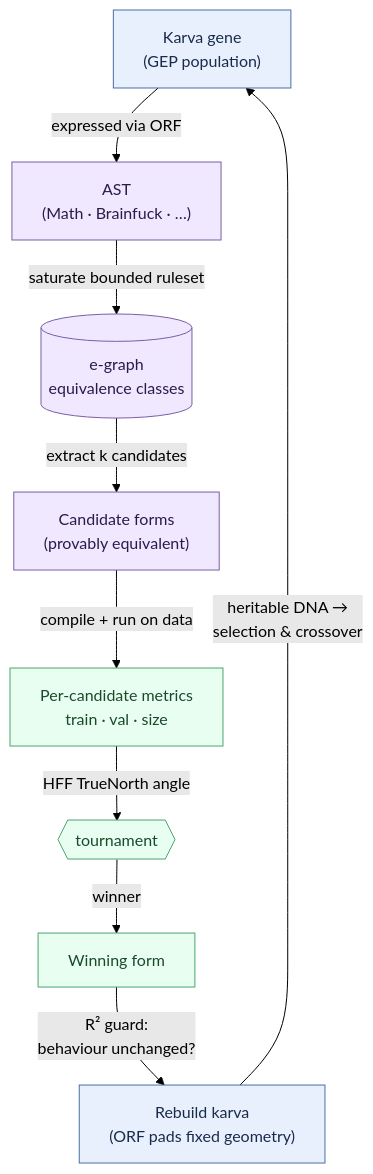
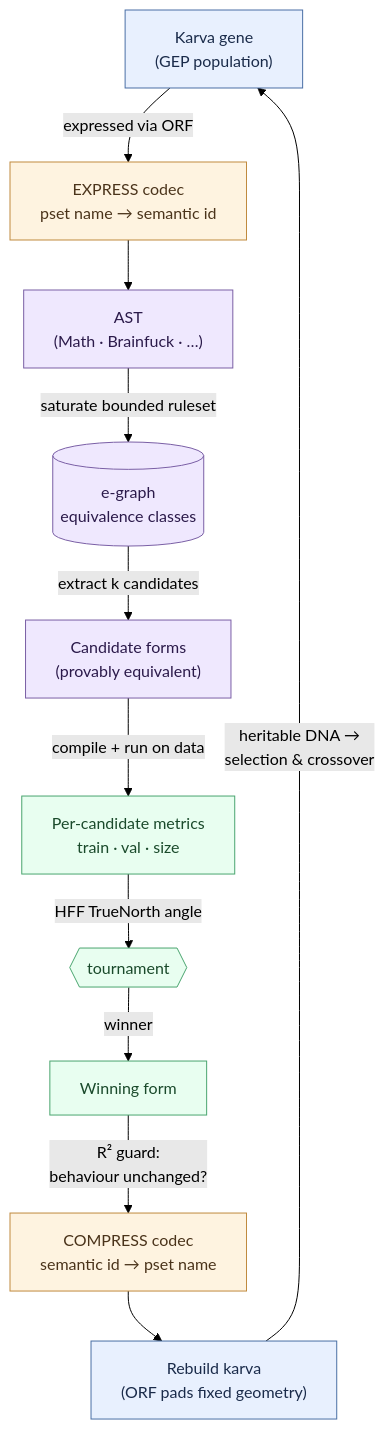
The diagram in README.md (Gamakon/fuller), drawn with Mermaid (forest theme) before and after one commit. The commit also changed other lines of this file, not shown here.

First line of the commit message:
README: show the express/compress codecs and the symbol-table contract

````diff
--- a/README.md
+++ b/README.md
@@ -56,18 +56,22 @@
 ```mermaid
 flowchart TD
-    G["Karva gene<br/>(GEP population)"] -->|"expressed via ORF"| A["AST<br/>(Math · Brainfuck · …)"]
+    G["Karva gene<br/>(GEP population)"] -->|"expressed via ORF"| X["EXPRESS codec<br/>pset name → semantic id"]
+    X --> A["AST<br/>(Math · Brainfuck · …)"]
     A -->|"saturate bounded ruleset"| E[("e-graph<br/>equivalence classes")]
     E -->|"extract k candidates"| C["Candidate forms<br/>(provably equivalent)"]
     C -->|"compile + run on data"| M["Per-candidate metrics<br/>train · val · size"]
     M -->|"HFF TrueNorth angle"| T{{"tournament"}}
     T -->|winner| W["Winning form"]
-    W -->|"R² guard:<br/>behaviour unchanged?"| R["Rebuild karva<br/>(ORF pads fixed geometry)"]
+    W -->|"R² guard:<br/>behaviour unchanged?"| Y["COMPRESS codec<br/>semantic id → pset name"]
+    Y --> R["Rebuild karva<br/>(ORF pads fixed geometry)"]
     R -->|"heritable DNA →<br/>selection & crossover"| G
 
     classDef gep fill:#e8f0fe,stroke:#4a6fa5,color:#1a2b4a
     classDef egraph fill:#efe8fe,stroke:#7a5fa5,color:#2b1a4a
     classDef data fill:#e8fef0,stroke:#4aa56f,color:#1a4a2b
+    classDef codec fill:#fef3e0,stroke:#c08a3e,color:#4a331a
     class G,R gep
     class A,E,C egraph
     class M,T,W data
+    class X,Y codec
 ```
````
